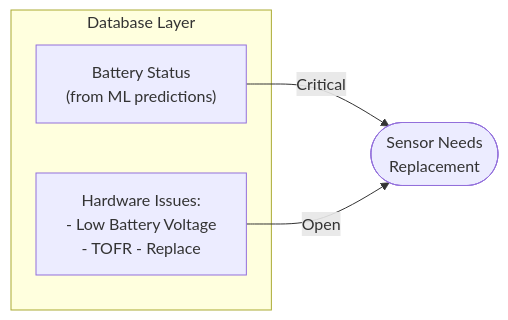
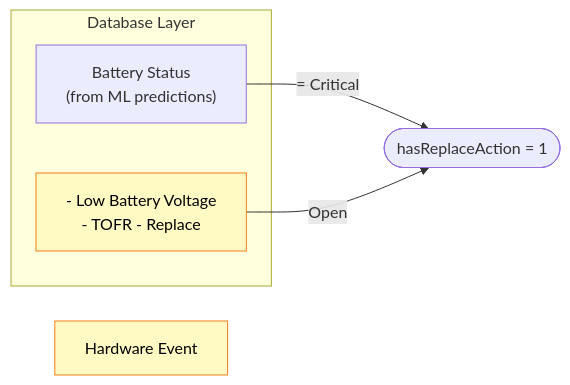
The second of 3 diagrams in repos/fullstack.assetwatch/shared/research/2026-02-03-action-column-flowcharts.md (aw-jwalker/thoughts), drawn with Mermaid before and after one commit. The commit also changed other lines of this file, not shown here.

````diff
--- a/repos/fullstack.assetwatch/shared/research/2026-02-03-action-column-flowcharts.md
+++ b/repos/fullstack.assetwatch/shared/research/2026-02-03-action-column-flowcharts.md
@@ -41,12 +69,18 @@
 ```mermaid
 flowchart LR
     subgraph Database["Database Layer"]
         BATTERY["Battery Status<br/>(from ML predictions)"]
-        HW_ISSUE["Hardware Issues:<br/>- Low Battery Voltage<br/>- TOFR - Replace"]
+        HW_ISSUE["- Low Battery Voltage<br/>- TOFR - Replace"]
     end
 
-    BATTERY -->|"Critical"| REPLACE_ACTION
+    BATTERY -->|"= Critical"| REPLACE_ACTION
     HW_ISSUE -->|"Open"| REPLACE_ACTION
 
-    REPLACE_ACTION(["Sensor Needs<br/>Replacement"])
+    REPLACE_ACTION(["hasReplaceAction = 1"])
+
+    LEGEND["Hardware Event"]
+
+    %% Style hardware events with light amber
+    style HW_ISSUE fill:#FFF9C4,stroke:#F57F17,color:#000
+    style LEGEND fill:#FFF9C4,stroke:#F57F17,color:#000
 ```
````
